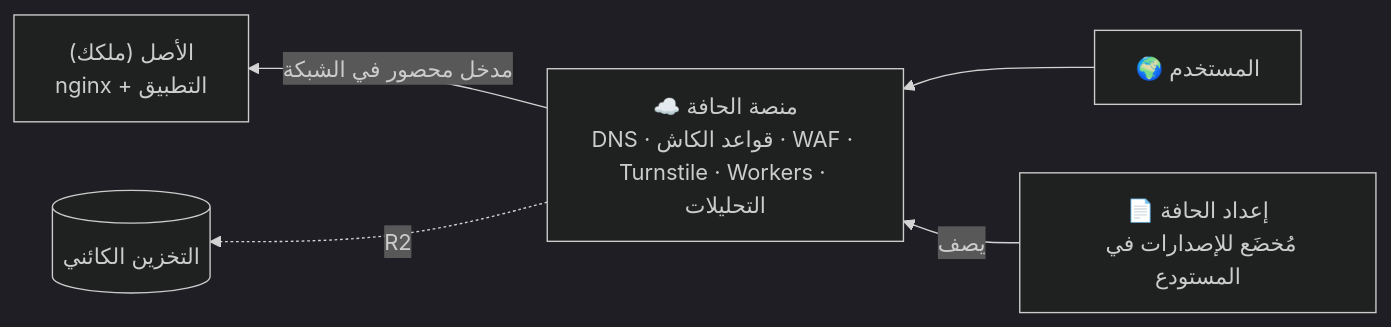
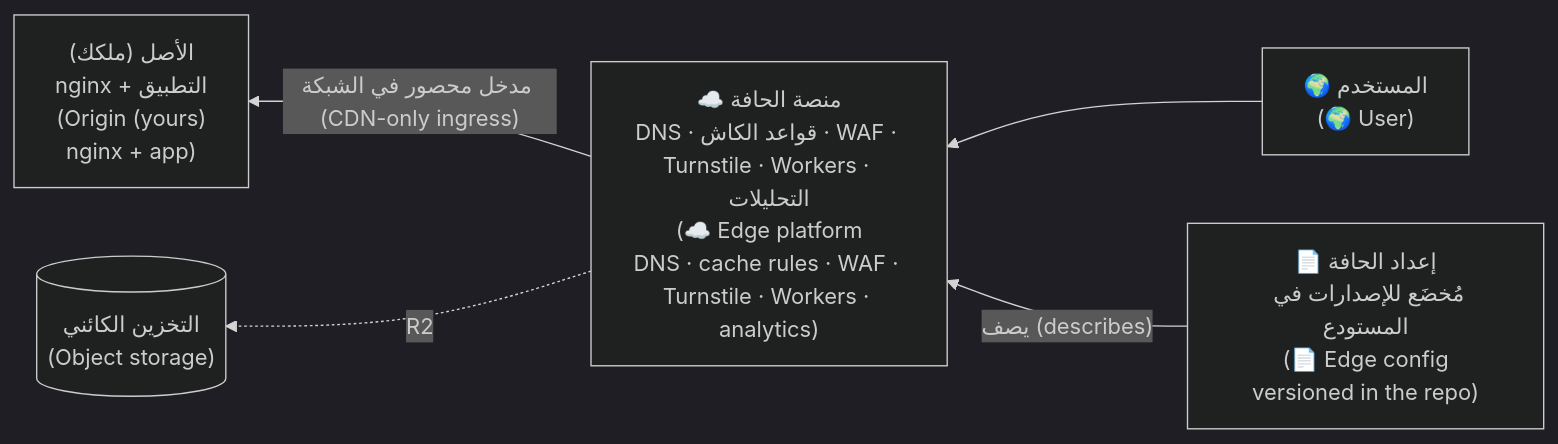
One commit to Tamoura/system-design-for-vibe-coders changed the fifth of 5 diagrams in modules/11-reaching-the-world/module.ar.md. Above: the diagram before and after it, drawn with Mermaid (dark theme). The commit also changed other lines of this file and 62 other files, not shown here.

First line of the commit message:
Arabic editions: English on every diagram label, RTL fixes, rebuild

````diff
--- a/modules/11-reaching-the-world/module.ar.md
+++ b/modules/11-reaching-the-world/module.ar.md
@@ -421,7 +421,7 @@
 ```mermaid
 flowchart RL
-    U["🌍 المستخدم"] --> E["☁️ منصة الحافة<br/>DNS · قواعد الكاش · WAF · Turnstile · Workers · التحليلات"]
-    E -->|"مدخل محصور في الشبكة"| O["الأصل (ملكك)<br/>nginx + التطبيق"]
-    E -.->|"R2"| S[("التخزين الكائني")]
-    C["📄 إعداد الحافة<br/>مُخضَع للإصدارات في المستودع"] -->|"يصف"| E
+    U["🌍 المستخدم<br/>(🌍 User)"] --> E["☁️ منصة الحافة<br/>DNS · قواعد الكاش · WAF · Turnstile · Workers · التحليلات<br/>(☁️ Edge platform<br/>DNS · cache rules · WAF · Turnstile · Workers · analytics)"]
+    E -->|"مدخل محصور في الشبكة (CDN-only ingress)"| O["الأصل (ملكك)<br/>nginx + التطبيق<br/>(Origin (yours)<br/>nginx + app)"]
+    E -.->|"R2"| S[("التخزين الكائني<br/>(Object storage)")]
+    C["📄 إعداد الحافة<br/>مُخضَع للإصدارات في المستودع<br/>(📄 Edge config<br/>versioned in the repo)"] -->|"يصف (describes)"| E
 ```
````
